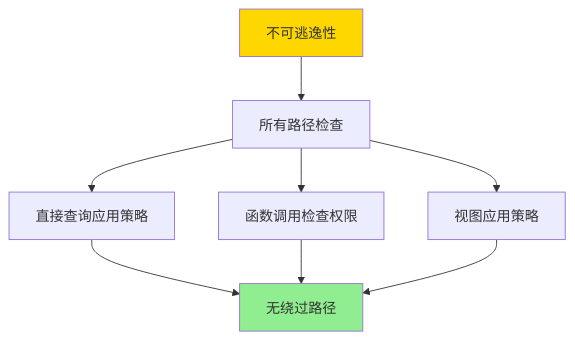
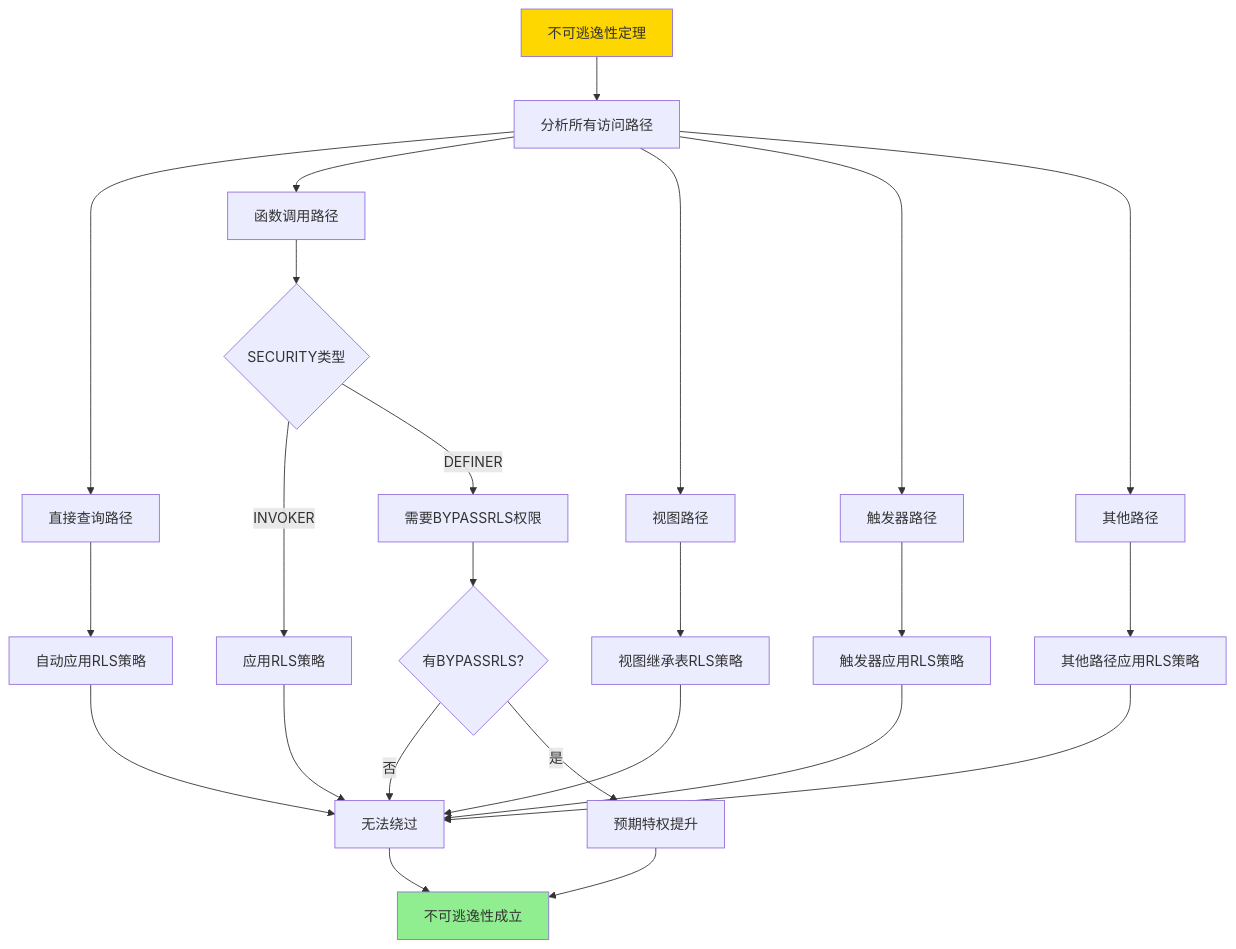
The fourth of 4 diagrams in PostgreSQL/10-理论基础/07-安全与合规/07.03-行级安全-RLS策略语义与不可逃逸性证明.md (AdaMartin18010/PostgreSQL_modern), drawn with Mermaid before and after one commit. The commit also changed other lines of this file and 16 other files, not shown here.

````diff
--- a/PostgreSQL/10-理论基础/07-安全与合规/07.03-行级安全-RLS策略语义与不可逃逸性证明.md
+++ b/PostgreSQL/10-理论基础/07-安全与合规/07.03-行级安全-RLS策略语义与不可逃逸性证明.md
@@ -206,13 +274,29 @@
 ```mermaid
 graph TD
-    A[不可逃逸性] --> B[所有路径检查]
-    B --> C[直接查询应用策略]
-    B --> D[函数调用检查权限]
-    B --> E[视图应用策略]
-    C --> F[无绕过路径]
-    D --> F
-    E --> F
+    A[不可逃逸性定理] --> B[分析所有访问路径]
+    B --> C[直接查询路径]
+    B --> D[函数调用路径]
+    B --> E[视图路径]
+    B --> F[触发器路径]
+    B --> G[其他路径]
+    C --> H[自动应用RLS策略]
+    D --> I{SECURITY类型}
+    I -->|INVOKER| J[应用RLS策略]
+    I -->|DEFINER| K[需要BYPASSRLS权限]
+    E --> L[视图继承表RLS策略]
+    F --> M[触发器应用RLS策略]
+    G --> N[其他路径应用RLS策略]
+    H --> O[无法绕过]
+    J --> O
+    K --> P{有BYPASSRLS?}
+    P -->|否| O
+    P -->|是| Q[预期特权提升]
+    L --> O
+    M --> O
+    N --> O
+    O --> R[不可逃逸性成立]
+    Q --> R
 
     style A fill:#FFD700
-    style F fill:#90EE90
+    style R fill:#90EE90
 ```
````
